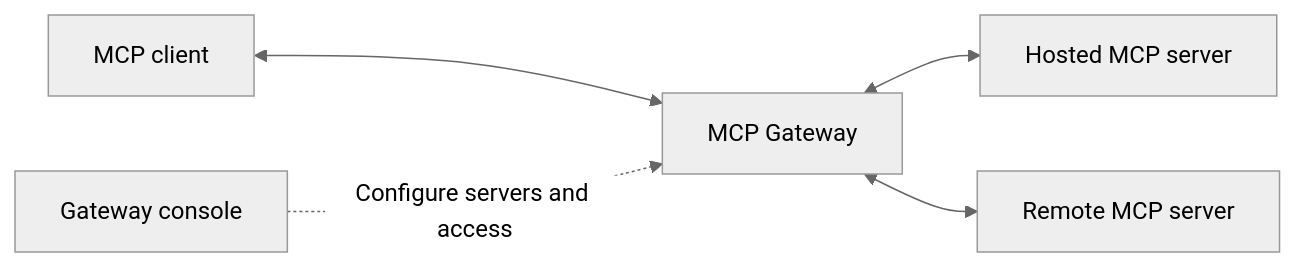
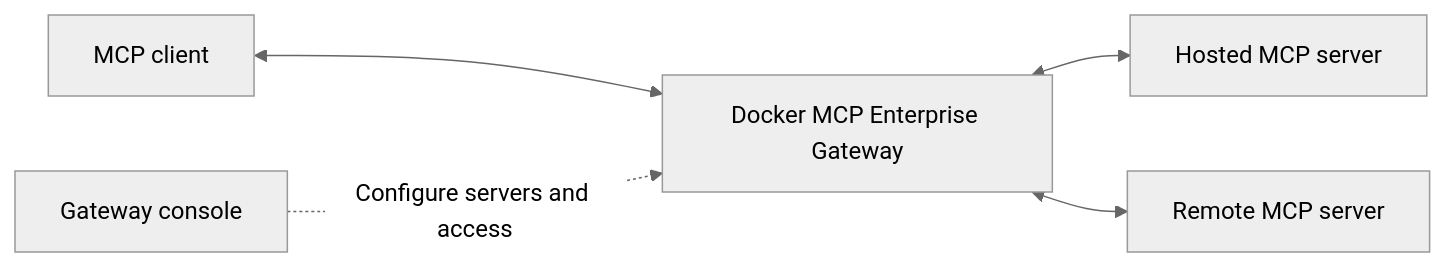
One commit to docker/docs changed the diagram in content/manuals/ai/mcp-gateway/_index.md. Above: the diagram before and after it, drawn with Mermaid (neutral theme). The commit also changed other lines of this file and 11 other files, not shown here.

First line of the commit message:
docs: expand Docker MCP Enterprise Gateway overview

````diff
--- a/content/manuals/ai/mcp-gateway/_index.md
+++ b/content/manuals/ai/mcp-gateway/_index.md
@@ -26,7 +28,7 @@
 ```mermaid
 flowchart LR
-    client["MCP client"] <--> gateway["MCP Gateway"]
+    client["MCP client"] <--> gateway["Docker MCP Enterprise Gateway"]
     gateway <--> hosted["Hosted MCP server"]
     gateway <--> remote["Remote MCP server"]
     console["Gateway console"] -. "Configure servers and access" .-> gateway
 ```
````
